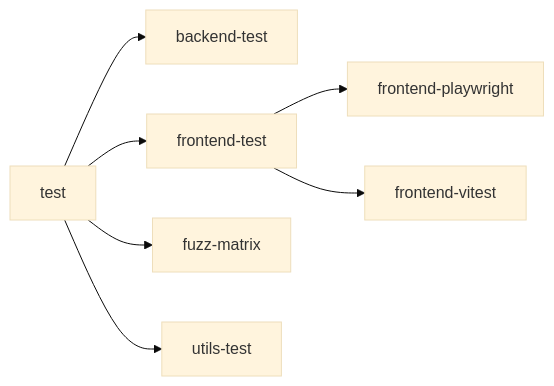
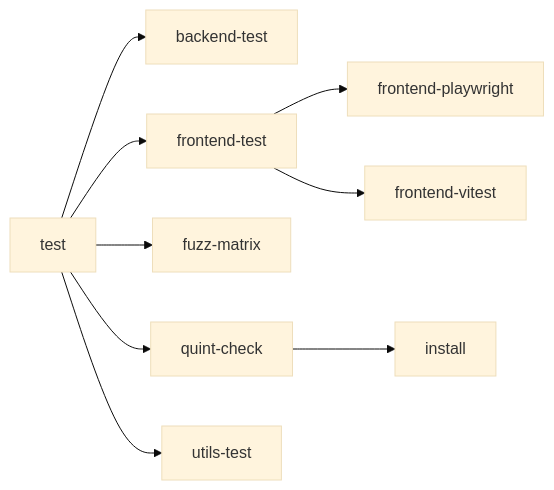
One commit to codesam88/picasu changed the second of 9 diagrams in docs/quality-gates.md. Above: the diagram before and after it, drawn with Mermaid (base theme). The commit also changed other lines of this file and 3 other files, not shown here.

````diff
--- a/docs/quality-gates.md
+++ b/docs/quality-gates.md
@@ -37,9 +35,11 @@
 ```mermaid
 graph LR
   test --> backend-test
   test --> frontend-test
   test --> fuzz-matrix
+  test --> quint-check
   test --> utils-test
   frontend-test --> frontend-playwright
   frontend-test --> frontend-vitest
+  quint-check --> install
 ```
````
